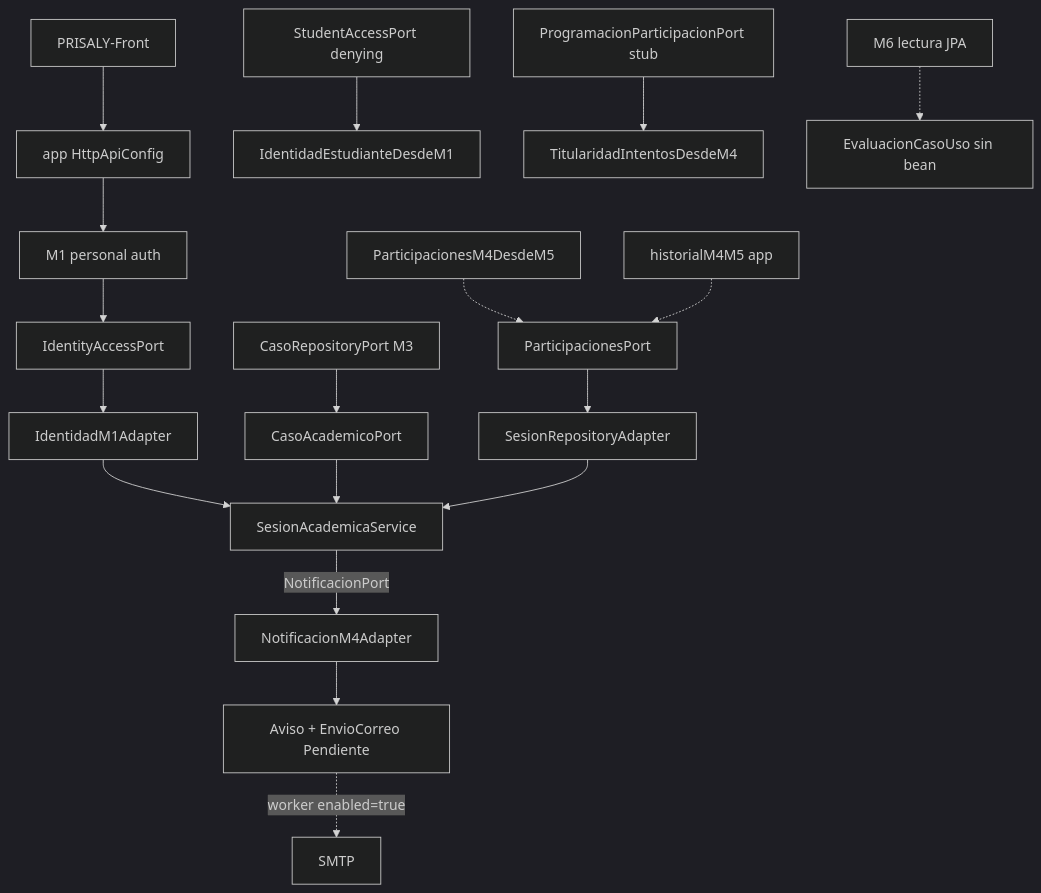
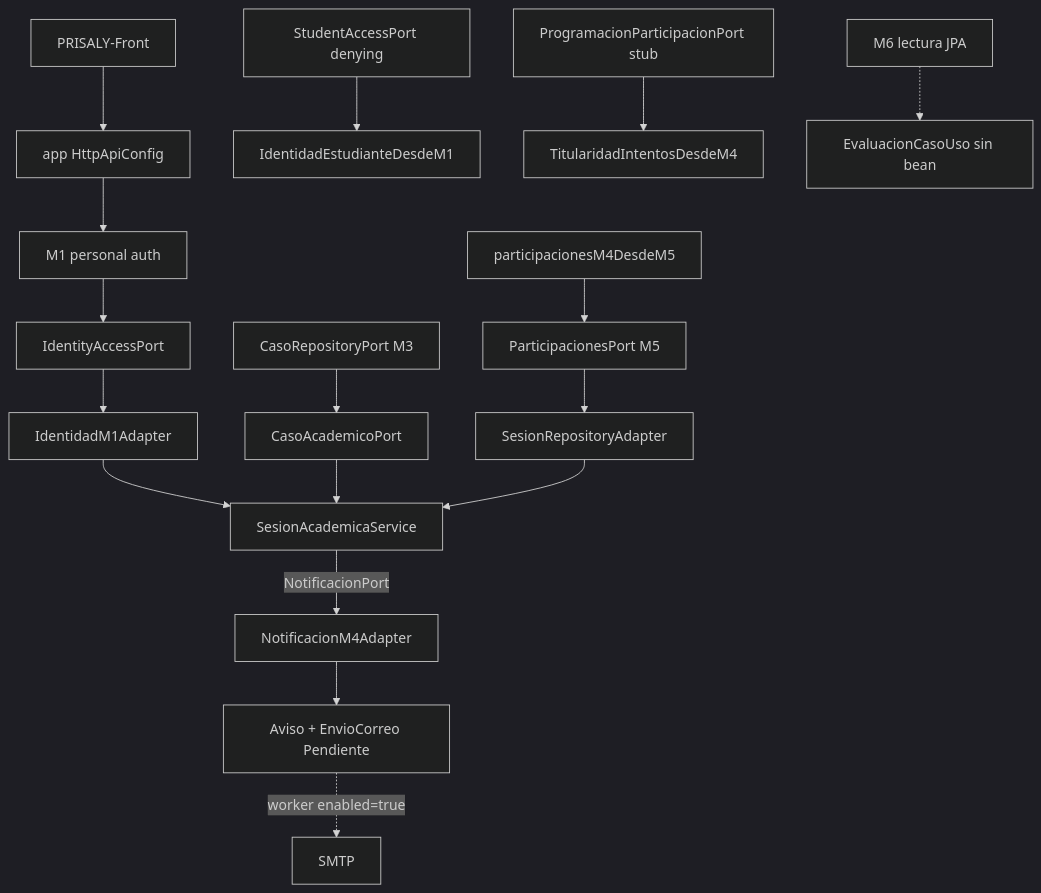
The diagram in docs/INTEGRACION-M1-M7.md (Cris-count/PRISALY-Backen), drawn with Mermaid (dark theme) before and after one commit. The commit also changed other lines of this file and 5 other files, not shown here.

First line of the commit message:
fix(app): resolve ParticipacionesPort ambiguity with M5 provider.

````diff
--- a/docs/INTEGRACION-M1-M7.md
+++ b/docs/INTEGRACION-M1-M7.md
@@ -26,20 +42,19 @@
 ```mermaid
 flowchart TB
   Front[PRISALY-Front] --> AppSec[app HttpApiConfig]
   AppSec --> M1Auth[M1 personal auth]
   M1Auth --> M1Id[IdentityAccessPort]
   M1Id --> M4Id[IdentidadM1Adapter]
   M4Id --> M4Svc[SesionAcademicaService]
   M3Repo[CasoRepositoryPort M3] --> M4Caso[CasoAcademicoPort]
   M4Caso --> M4Svc
   M4Svc -->|"NotificacionPort"| M7[NotificacionM4Adapter]
   M7 --> Cola[Aviso + EnvioCorreo Pendiente]
   Cola -.->|"worker enabled=true"| SMTP[SMTP]
-  PartPort[ParticipacionesPort] --> SesionRepo[SesionRepositoryAdapter]
+  PartPort[ParticipacionesPort M5] --> SesionRepo[SesionRepositoryAdapter]
   SesionRepo --> M4Svc
-  M5Prov[ParticipacionesM4DesdeM5] -.-> PartPort
-  AppProv[historialM4M5 app] -.-> PartPort
+  M5Prov[participacionesM4DesdeM5] --> PartPort
   M1Student[StudentAccessPort denying] --> M5Id[IdentidadEstudianteDesdeM1]
   M4Consulta[ProgramacionParticipacionPort stub] --> M5Tit[TitularidadIntentosDesdeM4]
   M6Read[M6 lectura JPA] -.-> M6Eval[EvaluacionCasoUso sin bean]
 ```
````
